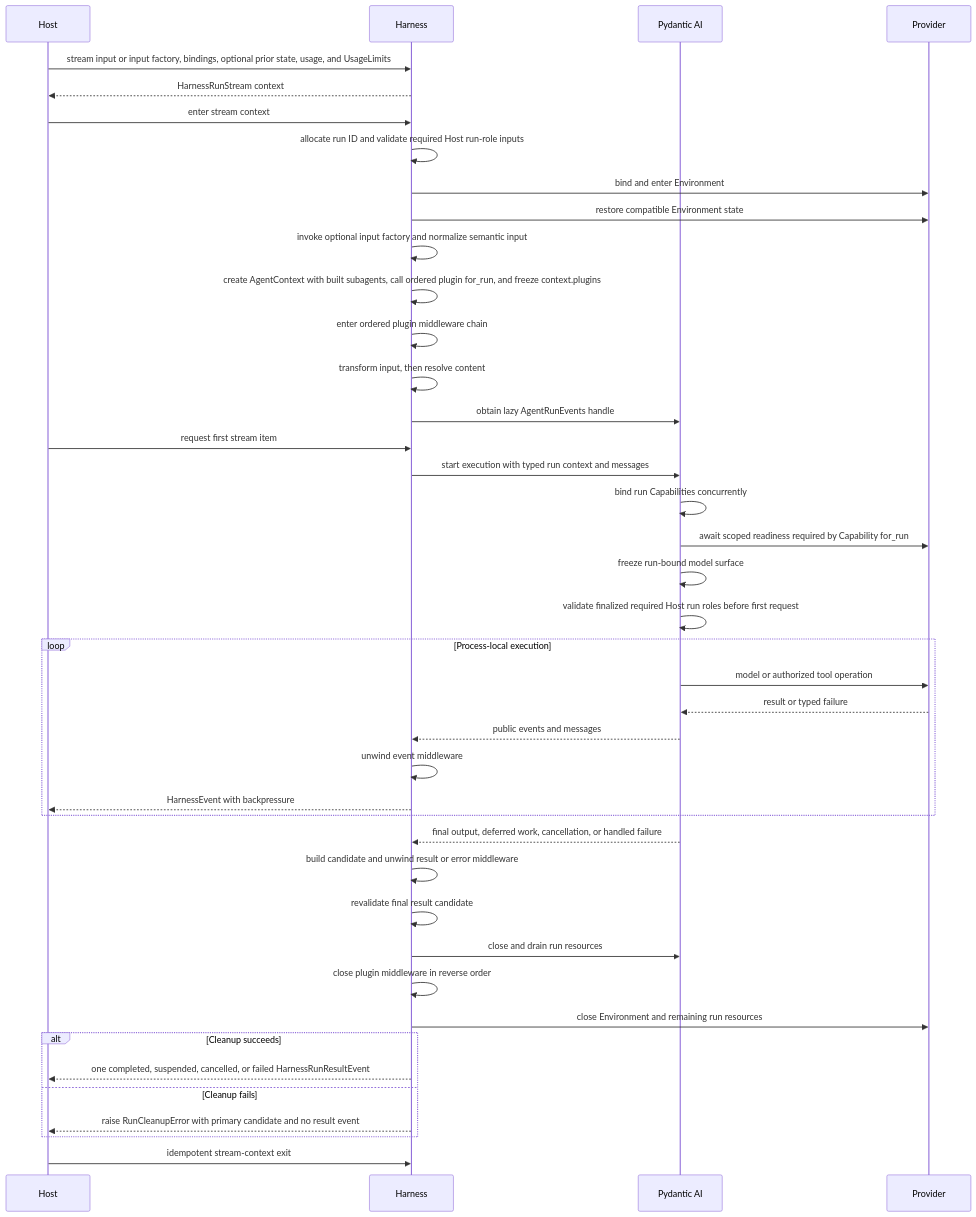
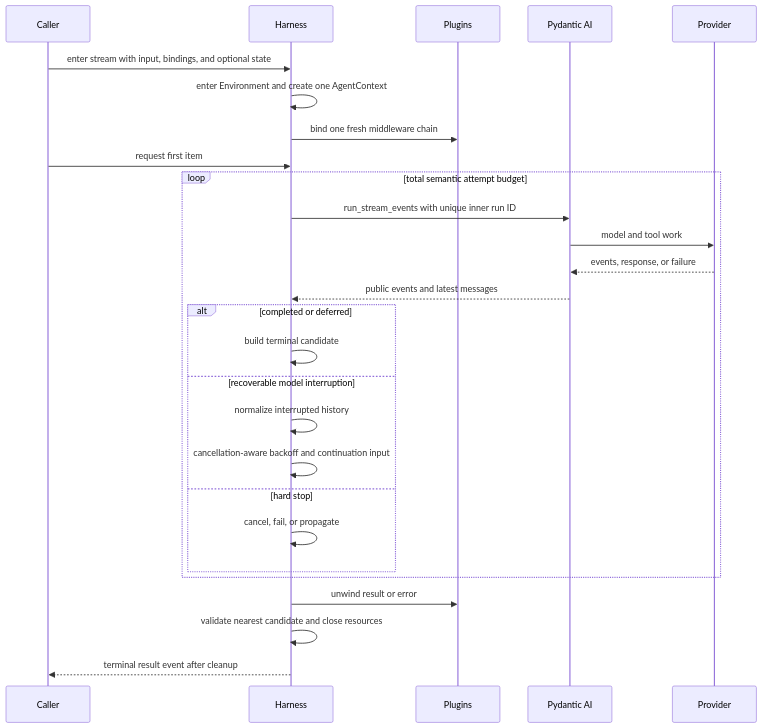
Before and after one commit to LTThreeComma/agent-foundation: the second of 2 diagrams in spec/agent-harness/06-execution-context-and-lifecycle.md, drawn with Mermaid. The commit also changed other lines of this file and 31 other files, not shown here.

Commit message:
feat(harness): align code-first runtime contracts

````diff
--- a/spec/agent-harness/06-execution-context-and-lifecycle.md
+++ b/spec/agent-harness/06-execution-context-and-lifecycle.md
@@ -70,44 +73,30 @@
 ```mermaid
 sequenceDiagram
-    participant Host
+    participant Caller
     participant Harness
+    participant Plugins
     participant PAI as Pydantic AI
     participant Provider
 
-    Host->>Harness: stream input or input factory, bindings, optional prior state, usage, and UsageLimits
-    Harness-->>Host: HarnessRunStream context
-    Host->>Harness: enter stream context
-    Harness->>Harness: allocate run ID and validate required Host run-role inputs
-    Harness->>Provider: bind and enter Environment
-    Harness->>Provider: restore compatible Environment state
-    Harness->>Harness: invoke optional input factory and normalize semantic input
-    Harness->>Harness: create AgentContext with built subagents, call ordered plugin for_run, and freeze context.plugins
-    Harness->>Harness: enter ordered plugin middleware chain
-    Harness->>Harness: transform input, then resolve content
-    Harness->>PAI: obtain lazy AgentRunEvents handle
-    Host->>Harness: request first stream item
-    Harness->>PAI: start execution with typed run context and messages
-    PAI->>PAI: bind run Capabilities concurrently
-    PAI->>Provider: await scoped readiness required by Capability for_run
-    PAI->>PAI: freeze run-bound model surface
-    PAI->>PAI: validate finalized required Host run roles before first request
-    loop Process-local execution
-        PAI->>Provider: model or authorized tool operation
-        Provider-->>PAI: result or typed failure
-        PAI-->>Harness: public events and messages
-        Harness->>Harness: unwind event middleware
-        Harness-->>Host: HarnessEvent with backpressure
+    Caller->>Harness: enter stream with input, bindings, and optional state
+    Harness->>Harness: enter Environment and create one AgentContext
+    Harness->>Plugins: bind one fresh middleware chain
+    Caller->>Harness: request first item
+    loop total semantic attempt budget
+        Harness->>PAI: run_stream_events with unique inner run ID
+        PAI->>Provider: model and tool work
+        Provider-->>PAI: events, response, or failure
+        PAI-->>Harness: public events and latest messages
+        alt completed or deferred
+            Harness->>Harness: build terminal candidate
+        else recoverable model interruption
+            Harness->>Harness: normalize interrupted history
+            Harness->>Harness: cancellation-aware backoff and continuation input
+        else hard stop
+            Harness->>Harness: cancel, fail, or propagate
+        end
     end
-    PAI-->>Harness: final output, deferred work, cancellation, or handled failure
-    Harness->>Harness: build candidate and unwind result or error middleware
-    Harness->>Harness: revalidate final result candidate
-    Harness->>PAI: close and drain run resources
-    Harness->>Harness: close plugin middleware in reverse order
-    Harness->>Provider: close Environment and remaining run resources
-    alt Cleanup succeeds
-        Harness-->>Host: one completed, suspended, cancelled, or failed HarnessRunResultEvent
-    else Cleanup fails
-        Harness-->>Host: raise RunCleanupError with primary candidate and no result event
-    end
-    Host->>Harness: idempotent stream-context exit
+    Harness->>Plugins: unwind result or error
+    Harness->>Harness: validate nearest candidate and close resources
+    Harness-->>Caller: terminal result event after cleanup
 ```
````
